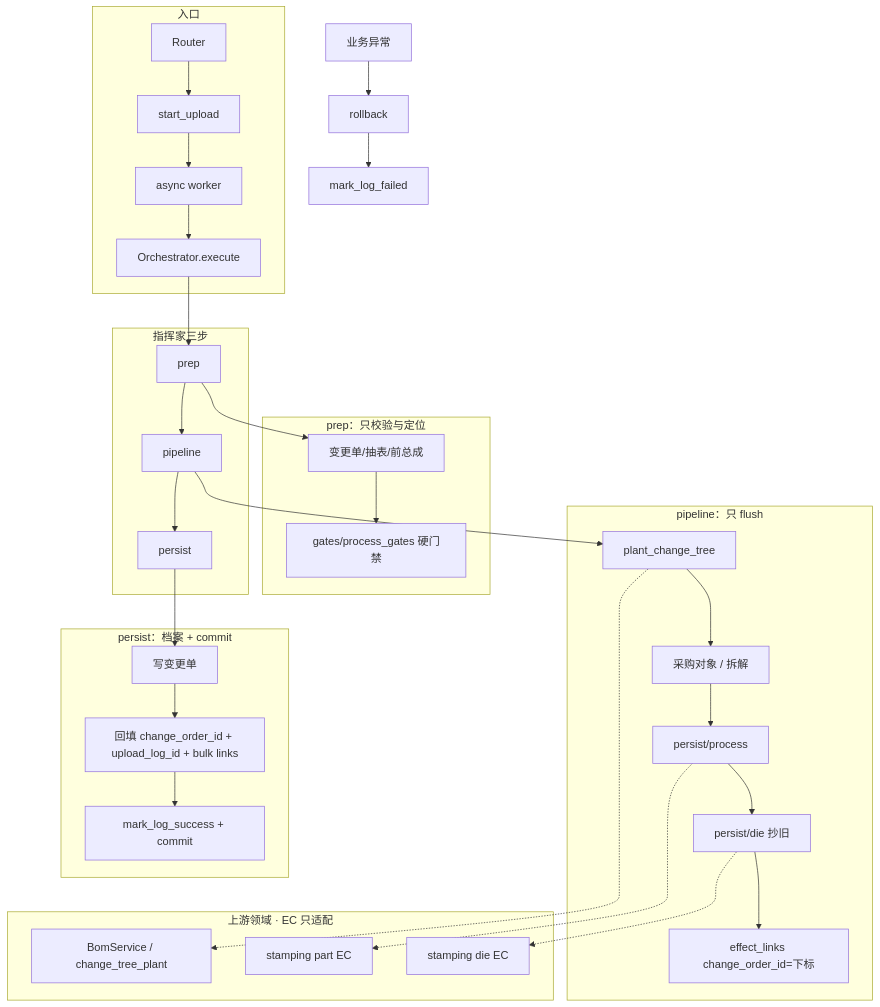
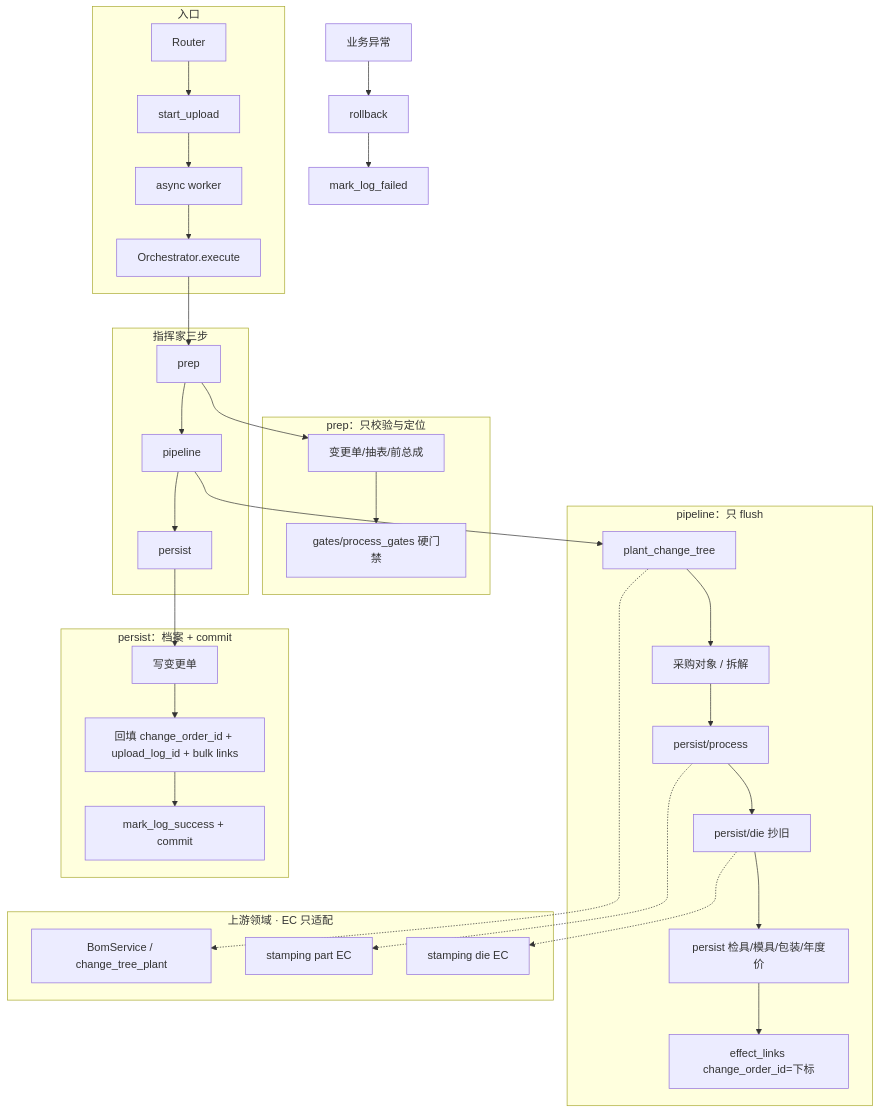
Before and after one commit to pulinzhang/structure-costing-platform: the diagram in docs/engineering-change/README.md, drawn with Mermaid. The commit also changed other lines of this file and 16 other files, not shown here.

````diff
--- a/docs/engineering-change/README.md
+++ b/docs/engineering-change/README.md
@@ -66,42 +66,43 @@
 ```mermaid
 flowchart TB
   subgraph entry [入口]
     R[Router] --> S[start_upload]
     S --> W[async worker]
     W --> O[Orchestrator.execute]
   end
 
   subgraph orch [指挥家三步]
     O --> P1[prep]
     P1 --> P2[pipeline]
     P2 --> P3[persist]
   end
 
   subgraph prep_box [prep：只校验与定位]
     P1 --> V[变更单/抽表/前总成]
     V --> G[gates/process_gates 硬门禁]
   end
 
   subgraph pipe_box [pipeline：只 flush]
     P2 --> T[plant_change_tree]
     T --> PO[采购对象 / 拆解]
     PO --> PR[persist/process]
     PR --> DI[persist/die 抄旧]
-    DI --> L[effect_links change_order_id=下标]
+    DI --> FEE[persist 检具/模具/包装/年度价]
+    FEE --> L[effect_links change_order_id=下标]
   end
 
   subgraph persist_box [persist：档案 + commit]
     P3 --> C[写变更单]
     C --> F[回填 change_order_id + upload_log_id + bulk links]
     F --> OK[mark_log_success + commit]
   end
 
   subgraph upstream [上游领域 · EC 只适配]
     T -.-> BomSvc[BomService / change_tree_plant]
     PR -.-> StPart[stamping part EC]
     DI -.-> StDie[stamping die EC]
   end
 
   Fail[业务异常] --> RB[rollback]
   RB --> MF[mark_log_failed]
 ```
````
